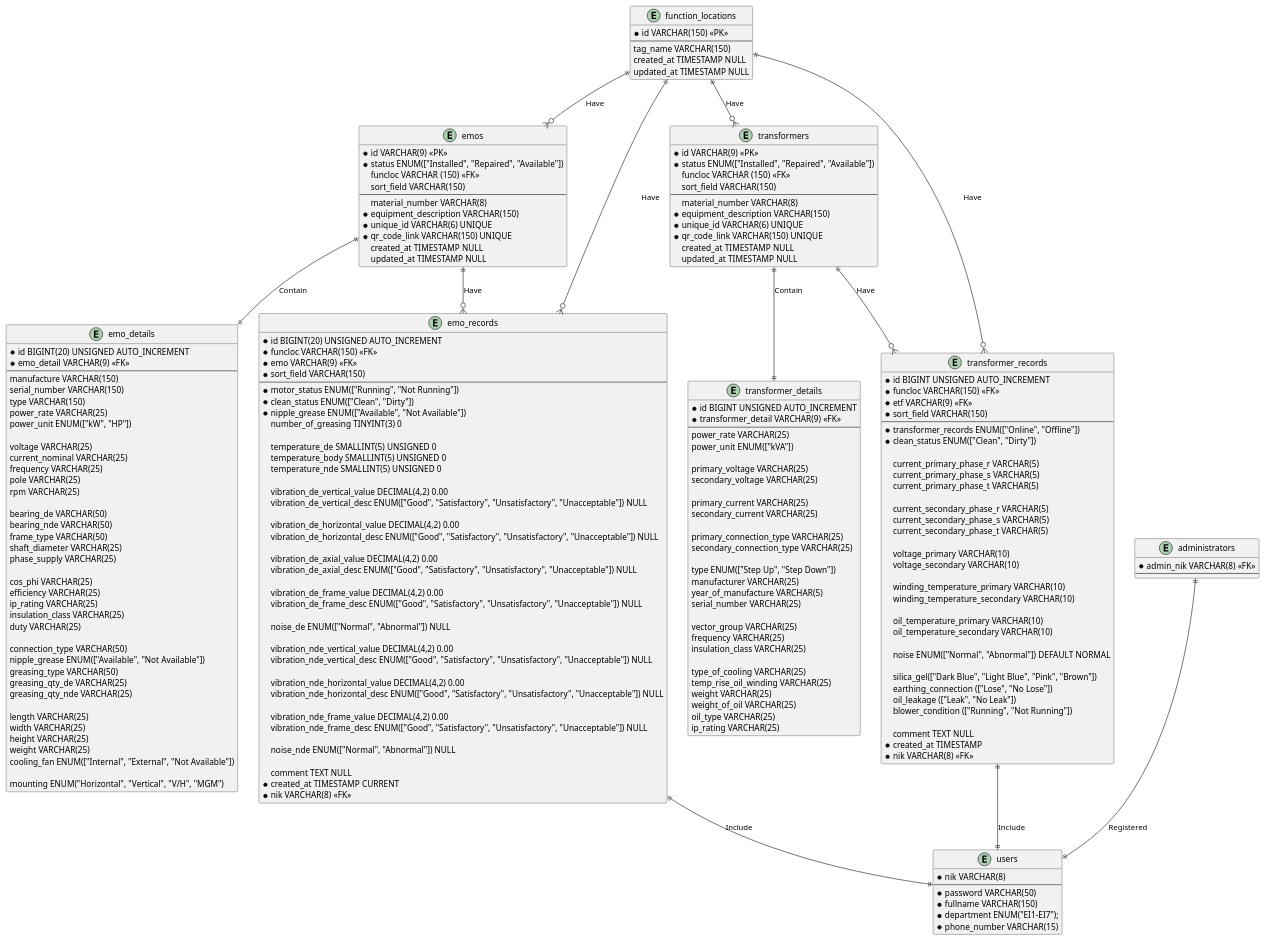
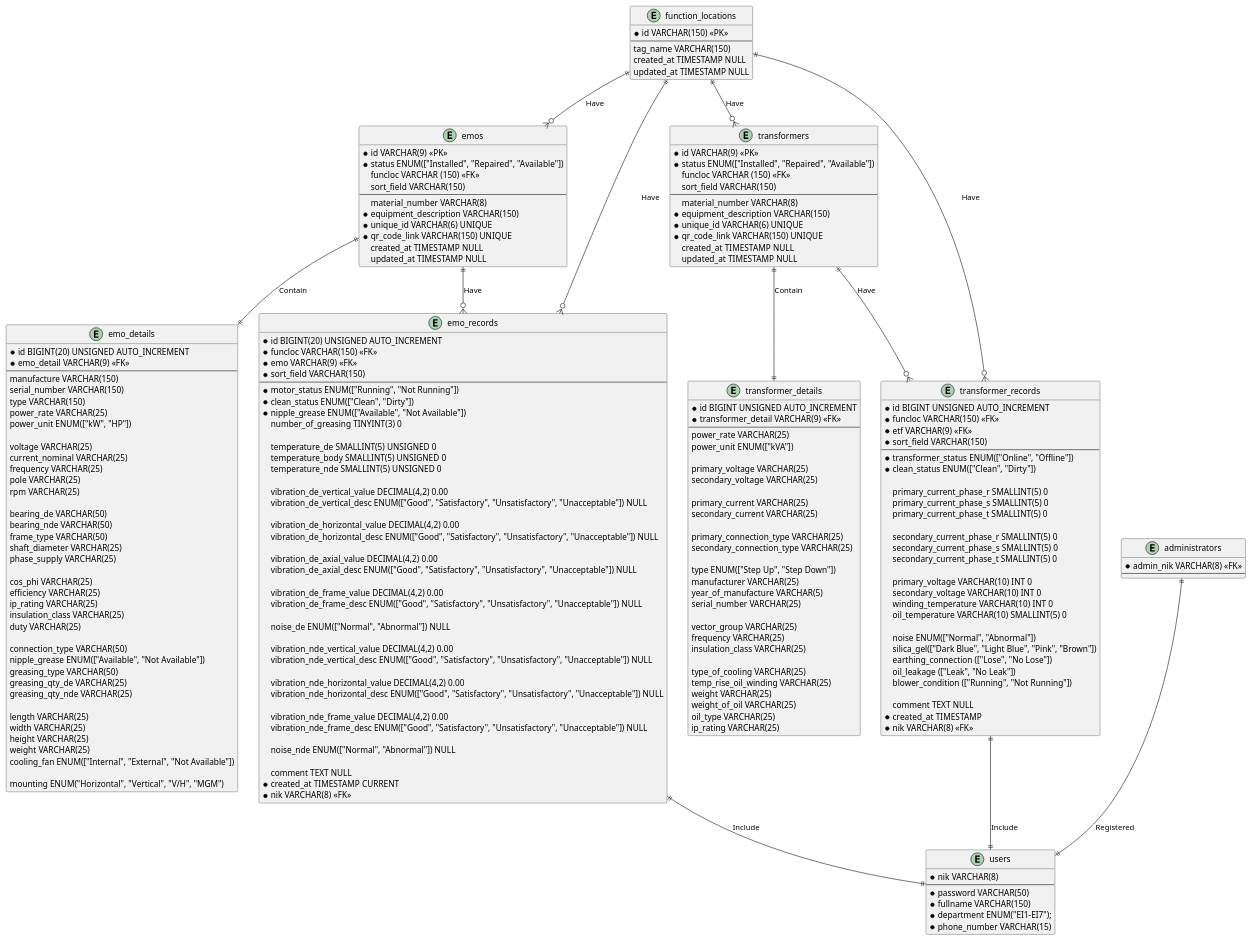
Before and after one commit to doniduaasattuu/fajar-e-maintenance: the diagram in database/emos/fajar_e_maintenance.puml, drawn with PlantUML. The commit also changed 3 other files, not shown here.

```diff
--- a/database/emos/fajar_e_maintenance.puml
+++ b/database/emos/fajar_e_maintenance.puml
@@ -179,28 +179,23 @@
     * etf VARCHAR(9) <<FK>>
     * sort_field VARCHAR(150)
     --
-    * transformer_records ENUM(["Online", "Offline"])
+    * transformer_status ENUM(["Online", "Offline"])
     * clean_status ENUM(["Clean", "Dirty"])
 
-      current_primary_phase_r VARCHAR(5)
-      current_primary_phase_s VARCHAR(5)
-      current_primary_phase_t VARCHAR(5)
+      primary_current_phase_r SMALLINT(5) 0
+      primary_current_phase_s SMALLINT(5) 0
+      primary_current_phase_t SMALLINT(5) 0
       
-      current_secondary_phase_r VARCHAR(5)
-      current_secondary_phase_s VARCHAR(5)
-      current_secondary_phase_t VARCHAR(5)
+      secondary_current_phase_r SMALLINT(5) 0
+      secondary_current_phase_s SMALLINT(5) 0
+      secondary_current_phase_t SMALLINT(5) 0
 
-      voltage_primary VARCHAR(10)
-      voltage_secondary VARCHAR(10)
-
-      winding_temperature_primary VARCHAR(10)
-      winding_temperature_secondary VARCHAR(10)
-
-      oil_temperature_primary VARCHAR(10)
-      oil_temperature_secondary VARCHAR(10)
+      primary_voltage VARCHAR(10) INT 0
+      secondary_voltage VARCHAR(10) INT 0
+      winding_temperature VARCHAR(10) INT 0
+      oil_temperature VARCHAR(10) SMALLINT(5) 0
      
-      noise ENUM(["Normal", "Abnormal"]) DEFAULT NORMAL
-
+      noise ENUM(["Normal", "Abnormal"])
       silica_gel(["Dark Blue", "Light Blue", "Pink", "Brown"])
       earthing_connection (["Lose", "No Lose"])
       oil_leakage (["Leak", "No Leak"])
```
